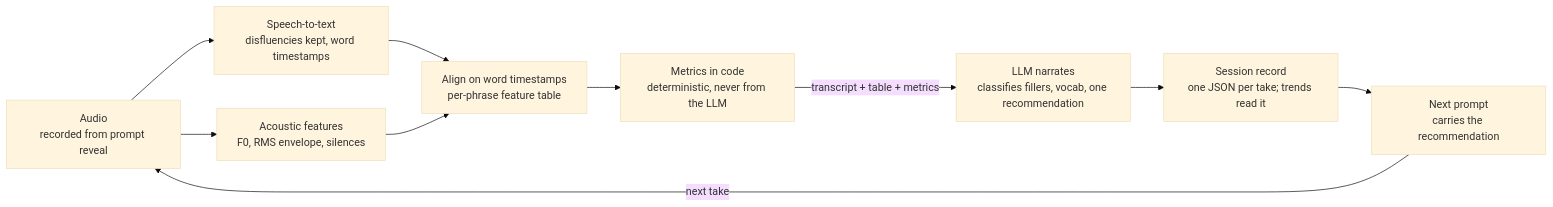
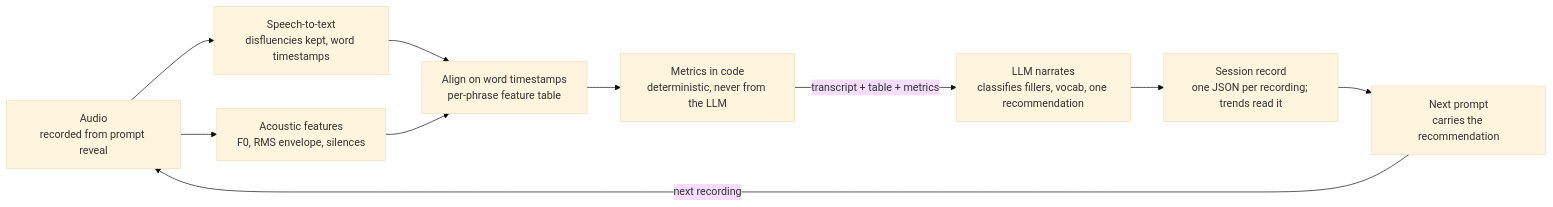
Before and after one commit to building-with-ai-f26/dal380-soundsmarter: the diagram in HANDOFF.md, drawn with Mermaid (base theme). The commit also changed other lines of this file and 2 other files, not shown here.

Commit message:
docs: Product Page copy pass, tabbed showcase; drop "take" from docs

````diff
--- a/HANDOFF.md
+++ b/HANDOFF.md
@@ -141,12 +141,12 @@
 ```mermaid
 flowchart LR
     A["Audio<br/>recorded from prompt reveal"] --> S["Speech-to-text<br/>disfluencies kept, word timestamps"]
     A --> F["Acoustic features<br/>F0, RMS envelope, silences"]
     S --> AL["Align on word timestamps<br/>per-phrase feature table"]
     F --> AL
     AL --> M["Metrics in code<br/>deterministic, never from the LLM"]
     M -->|transcript + table + metrics| L["LLM narrates<br/>classifies fillers, vocab, one recommendation"]
-    L --> R["Session record<br/>one JSON per take; trends read it"]
+    L --> R["Session record<br/>one JSON per recording; trends read it"]
     R --> N["Next prompt<br/>carries the recommendation"]
-    N -->|next take| A
+    N -->|next recording| A
 ```
````
